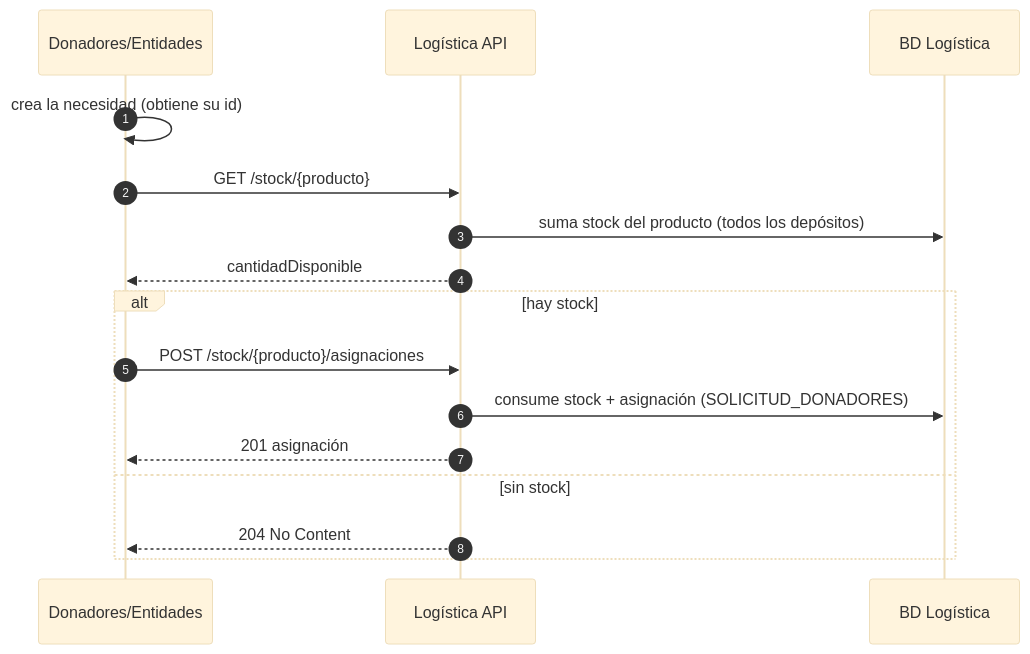
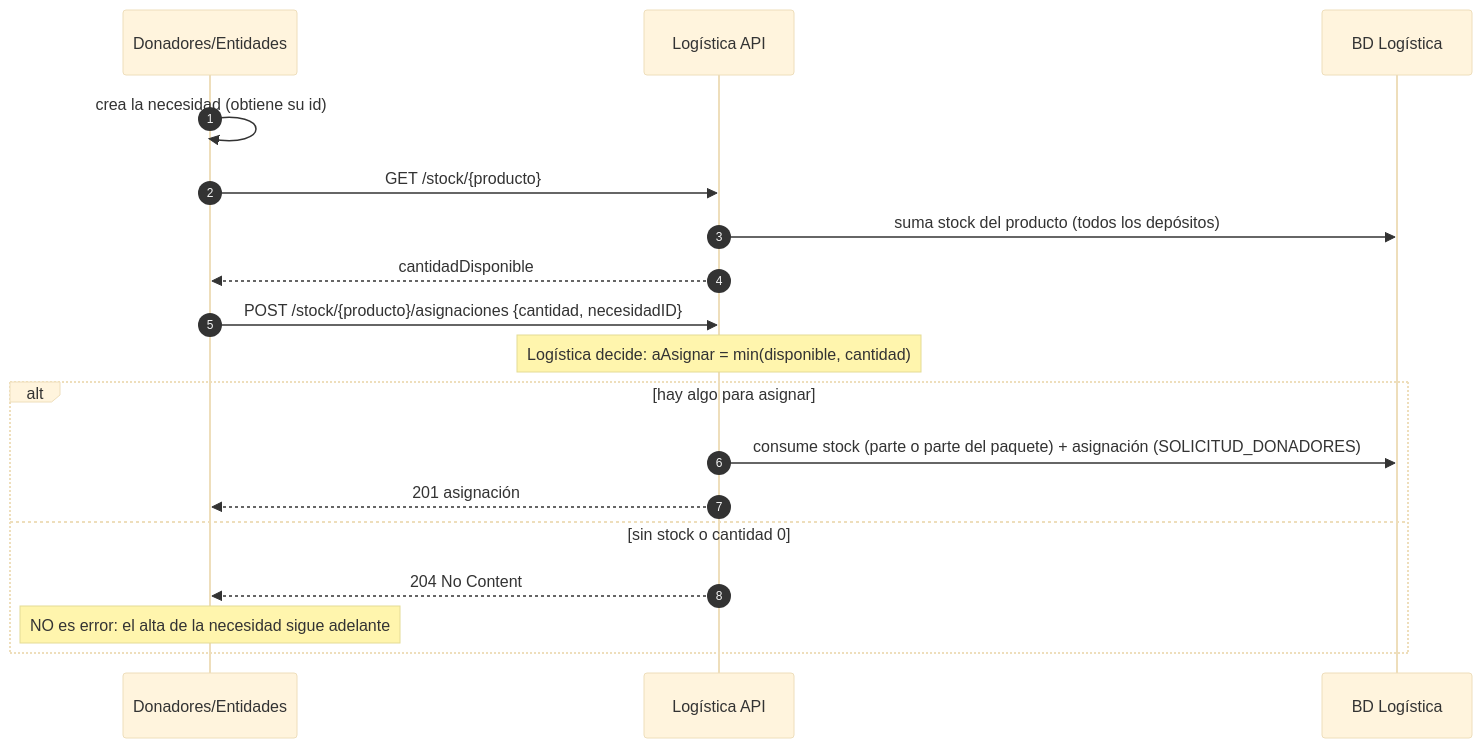
The second of 3 diagrams in docs/entrega-4-logistica.md (2026-ddsi-tpa-CodeandoAprobados/Logistica), drawn with Mermaid (base theme) before and after one commit. The commit also changed other lines of this file and 3 other files, not shown here.

````diff
--- a/docs/entrega-4-logistica.md
+++ b/docs/entrega-4-logistica.md
@@ -62,18 +62,20 @@
 ```mermaid
 sequenceDiagram
     autonumber
     participant Ent as Donadores/Entidades
     participant Log as Logística API
     participant DB as BD Logística
     Ent->>Ent: crea la necesidad (obtiene su id)
     Ent->>Log: GET /stock/{producto}
     Log->>DB: suma stock del producto (todos los depósitos)
     Log-->>Ent: cantidadDisponible
-    alt hay stock
-        Ent->>Log: POST /stock/{producto}/asignaciones
-        Log->>DB: consume stock + asignación (SOLICITUD_DONADORES)
+    Ent->>Log: POST /stock/{producto}/asignaciones {cantidad, necesidadID}
+    Note over Log: Logística decide: aAsignar = min(disponible, cantidad)
+    alt hay algo para asignar
+        Log->>DB: consume stock (parte o parte del paquete) + asignación (SOLICITUD_DONADORES)
         Log-->>Ent: 201 asignación
-    else sin stock
+    else sin stock o cantidad 0
         Log-->>Ent: 204 No Content
+        Note over Ent: NO es error: el alta de la necesidad sigue adelante
     end
 ```
````
